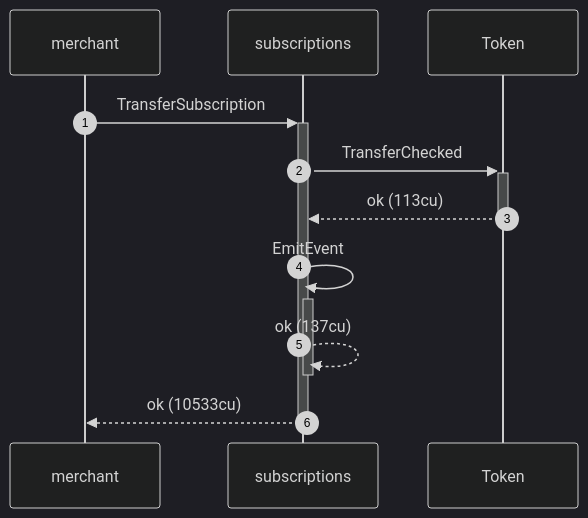
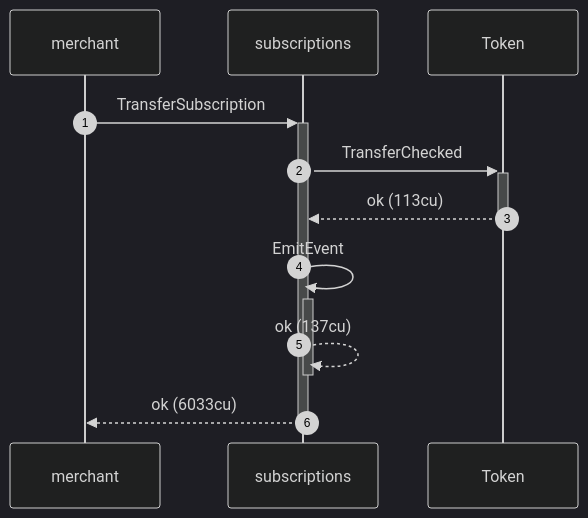
One commit to cds-rs/subscriptions changed diagram 14 of 16 in dsl_tests/transfer-subscription--the-period-rolls-over.md. Above: the diagram before and after it, drawn with Mermaid (dark theme). The commit also changed other lines of this file and 224 other files, not shown here.

````diff
--- a/dsl_tests/transfer-subscription--the-period-rolls-over.md
+++ b/dsl_tests/transfer-subscription--the-period-rolls-over.md
@@ -277,13 +293,13 @@
 ```mermaid
 sequenceDiagram
     autonumber
     participant merchant
     participant subscriptions
     participant Token
     merchant ->>+ subscriptions: TransferSubscription
     subscriptions ->>+ Token: TransferChecked
     Token -->>- subscriptions: ok (113cu)
     subscriptions ->>+ subscriptions: EmitEvent
     subscriptions -->>- subscriptions: ok (137cu)
-    subscriptions -->>- merchant: ok (10533cu)
+    subscriptions -->>- merchant: ok (6033cu)
 ```
````
